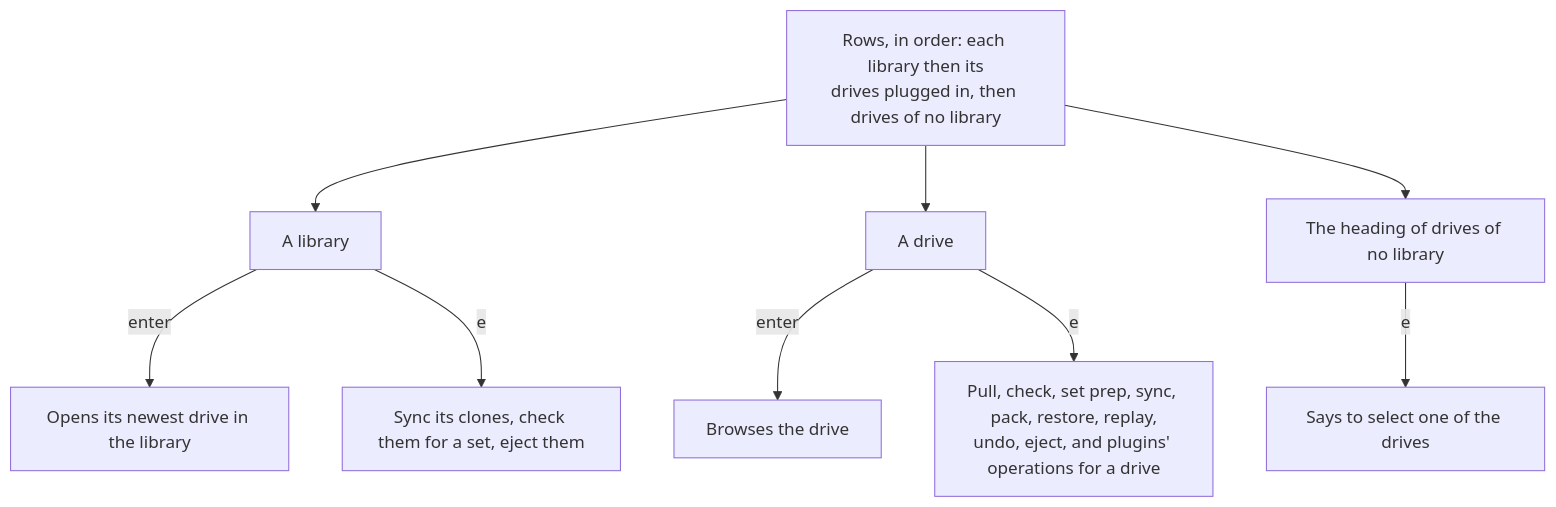
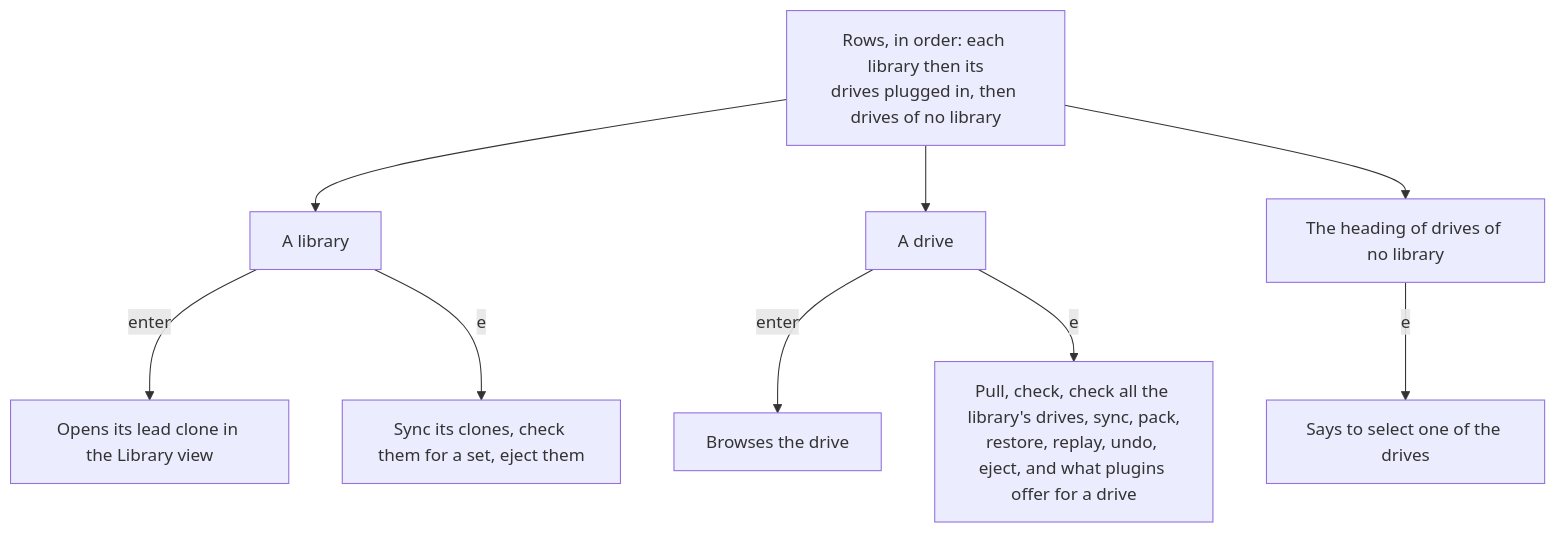
The seventh of 13 diagrams in apps/locallibrary/docs/diagrams/player.md (cutenode/localnetwork), drawn with Mermaid before and after one commit. The commit also changed other lines of this file and 4 other files, not shown here.

First line of the commit message:
docs(locallibrary): use the glossary's words and fix the player's charts

````diff
--- a/apps/locallibrary/docs/diagrams/player.md
+++ b/apps/locallibrary/docs/diagrams/player.md
@@ -156,12 +159,12 @@
 ```mermaid
 flowchart TD
     rows["Rows, in order: each library then its<br/>drives plugged in, then drives of no library"]
     rows --> library["A library"]
     rows --> drive["A drive"]
     rows --> none["The heading of drives of no library"]
-    library -->|enter| open["Opens its newest drive in the library"]
+    library -->|enter| open["Opens its lead clone in the Library view"]
     library -->|e| clones["Sync its clones, check them for a set, eject them"]
     drive -->|enter| browse["Browses the drive"]
-    drive -->|e| work["Pull, check, set prep, sync, pack, restore, replay,<br/>undo, eject, and plugins' operations for a drive"]
+    drive -->|e| work["Pull, check, check all the library's drives, sync, pack,<br/>restore, replay, undo, eject, and what plugins offer for a drive"]
     none -->|e| select["Says to select one of the drives"]
 ```
````
